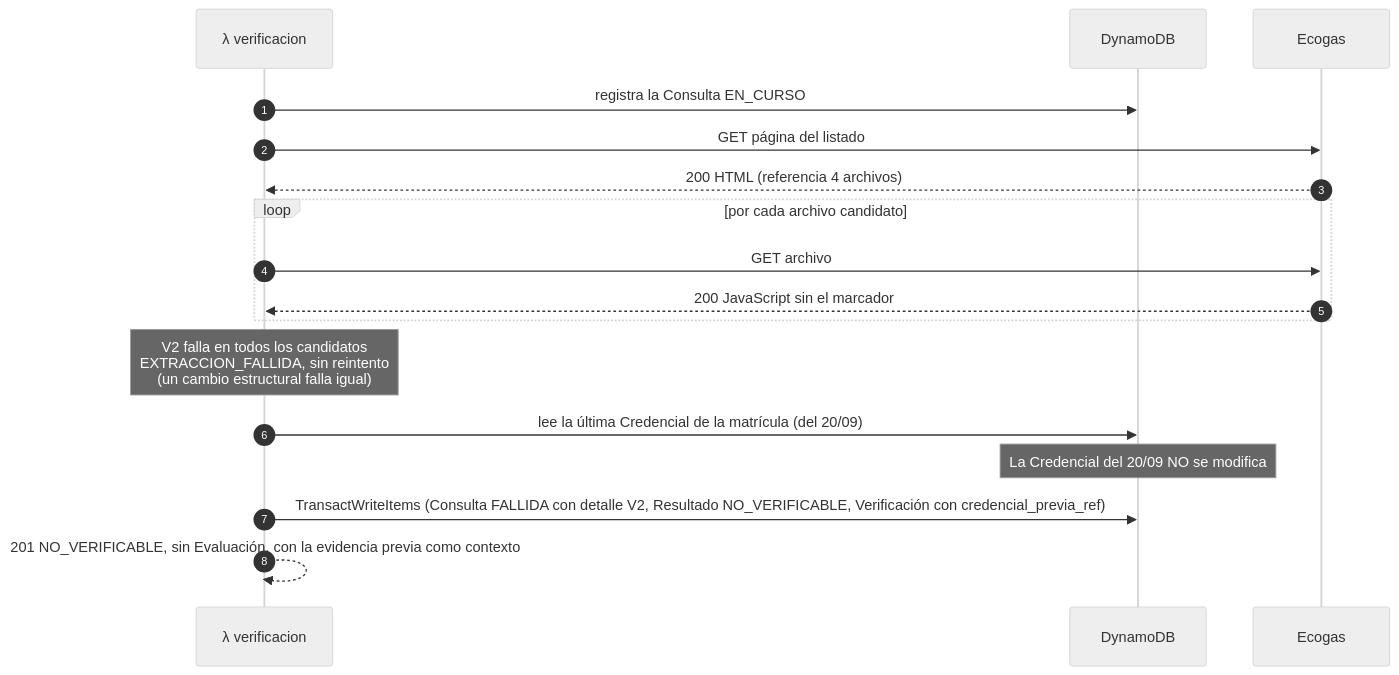
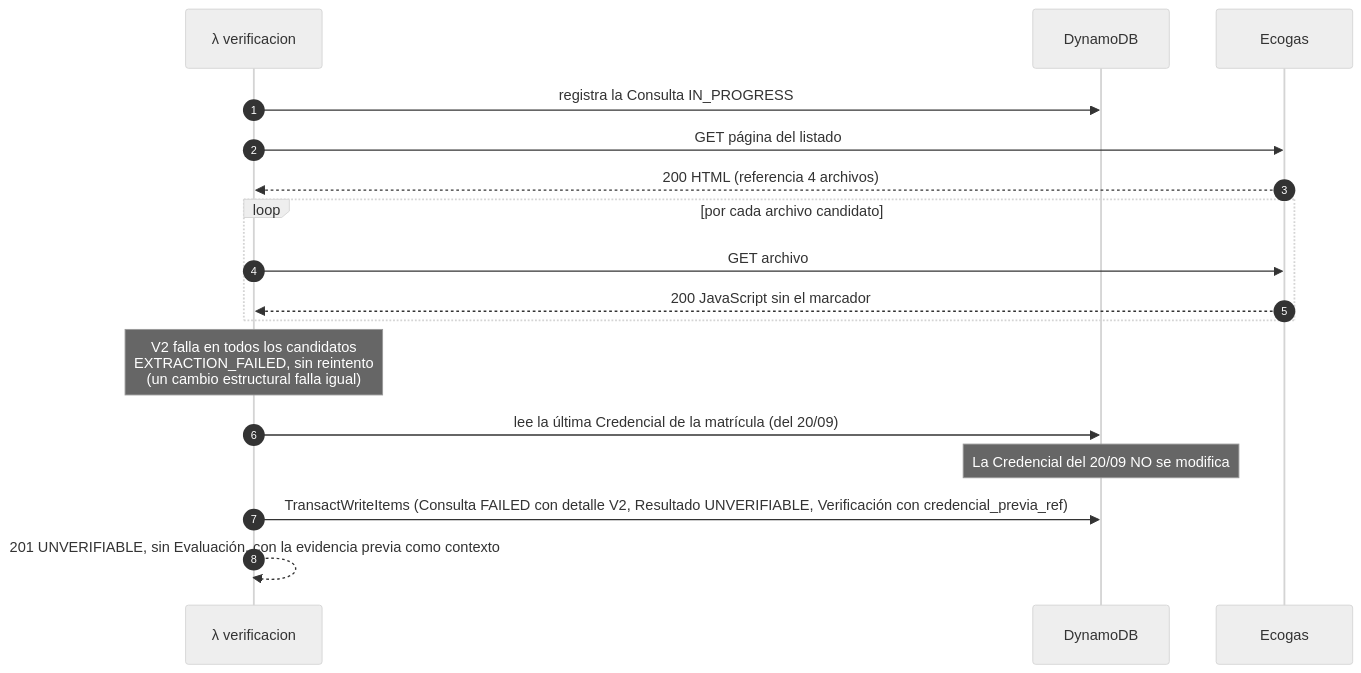
The second of 4 diagrams in docs/api.md (IvanDaniliuk01/MatriculAR), drawn with Mermaid (neutral theme) before and after one commit. The commit also changed other lines of this file and 23 other files, not shown here.

````diff
--- a/docs/api.md
+++ b/docs/api.md
@@ -338,20 +338,20 @@
 ```mermaid
 sequenceDiagram
     autonumber
     participant L as λ verificacion
     participant D as DynamoDB
     participant E as Ecogas
 
-    L->>D: registra la Consulta EN_CURSO
+    L->>D: registra la Consulta IN_PROGRESS
     L->>E: GET página del listado
     E-->>L: 200 HTML (referencia 4 archivos)
     loop por cada archivo candidato
         L->>E: GET archivo
         E-->>L: 200 JavaScript sin el marcador
     end
-    Note over L: V2 falla en todos los candidatos<br/>EXTRACCION_FALLIDA, sin reintento<br/>(un cambio estructural falla igual)
+    Note over L: V2 falla en todos los candidatos<br/>EXTRACTION_FAILED, sin reintento<br/>(un cambio estructural falla igual)
     L->>D: lee la última Credencial de la matrícula (del 20/09)
     Note over D: La Credencial del 20/09 NO se modifica
-    L->>D: TransactWriteItems (Consulta FALLIDA con detalle V2, Resultado NO_VERIFICABLE, Verificación con credencial_previa_ref)
-    L-->>L: 201 NO_VERIFICABLE, sin Evaluación, con la evidencia previa como contexto
+    L->>D: TransactWriteItems (Consulta FAILED con detalle V2, Resultado UNVERIFIABLE, Verificación con credencial_previa_ref)
+    L-->>L: 201 UNVERIFIABLE, sin Evaluación, con la evidencia previa como contexto
 ```
````
